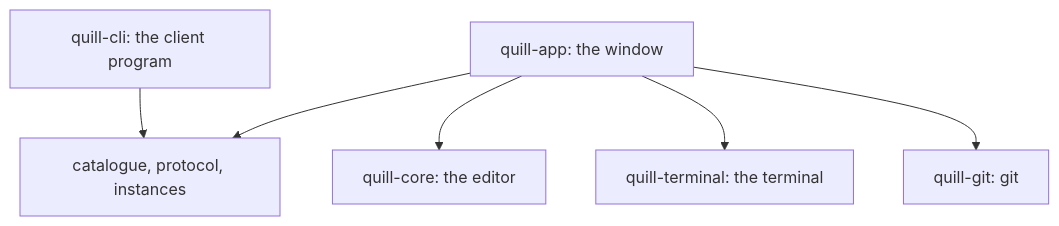
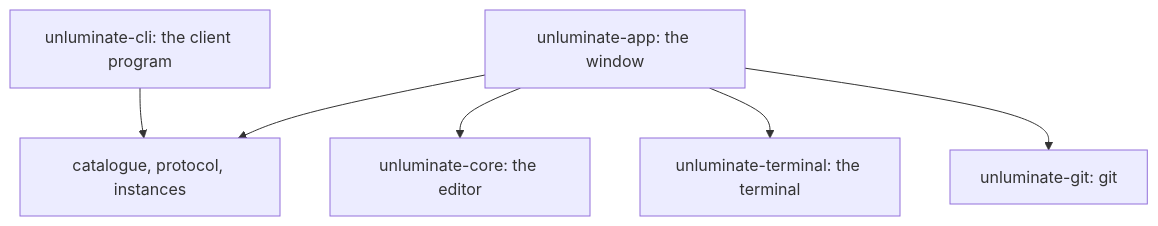
Before and after one commit to Black-Rainbow-Labs/Unluminous: the diagram in README.md, drawn with Mermaid. The commit also changed other lines of this file and 1291 other files, not shown here.

First line of the commit message:
task-1800: rename Quill to Unluminate

````diff
--- a/README.md
+++ b/README.md
@@ -411,15 +411,15 @@
 ```mermaid
 flowchart TD
-    cli[quill-cli: the client program]
-    app[quill-app: the window]
-    core[quill-core: the editor]
-    term[quill-terminal: the terminal]
-    git[quill-git: git]
+    cli[unluminate-cli: the client program]
+    app[unluminate-app: the window]
+    core[unluminate-core: the editor]
+    term[unluminate-terminal: the terminal]
+    git[unluminate-git: git]
     shared[catalogue, protocol, instances]
 
     cli --> shared
     app --> shared
     app --> core
     app --> term
     app --> git
 ```
````
